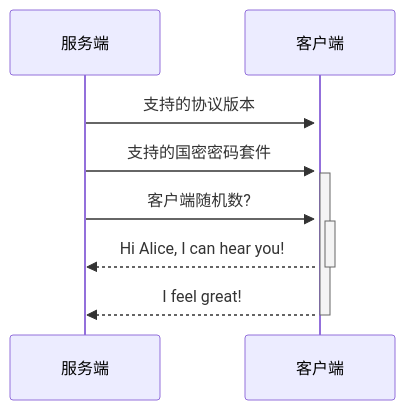
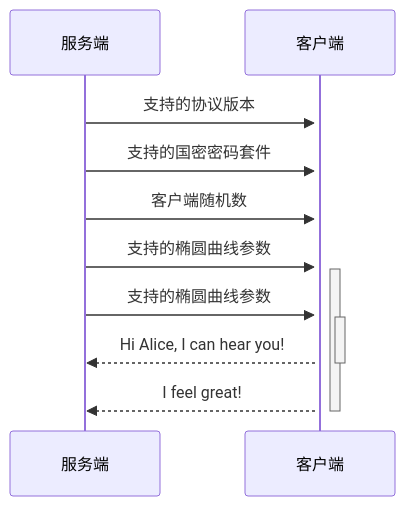
The diagram in all/未命名-1.md (HY-10-8/iodraw-files), drawn with Mermaid before and after one commit.

Commit message:
2026-03-24 09:59:24 update

````diff
--- a/all/未命名-1.md
+++ b/all/未命名-1.md
@@ -1,9 +1,11 @@
 ```mermaid
 sequenceDiagram
     服务端->>+客户端: 支持的协议版本
     服务端->>+客户端: 支持的国密密码套件
-    服务端->>+客户端: 客户端随机数?
+    服务端->>+客户端: 客户端随机数
+    服务端->>+客户端: 支持的椭圆曲线参数
+    服务端->>+客户端: 支持的椭圆曲线参数
     客户端-->>-服务端: Hi Alice, I can hear you!
     客户端-->>-服务端: I feel great!
             
 ```
````
